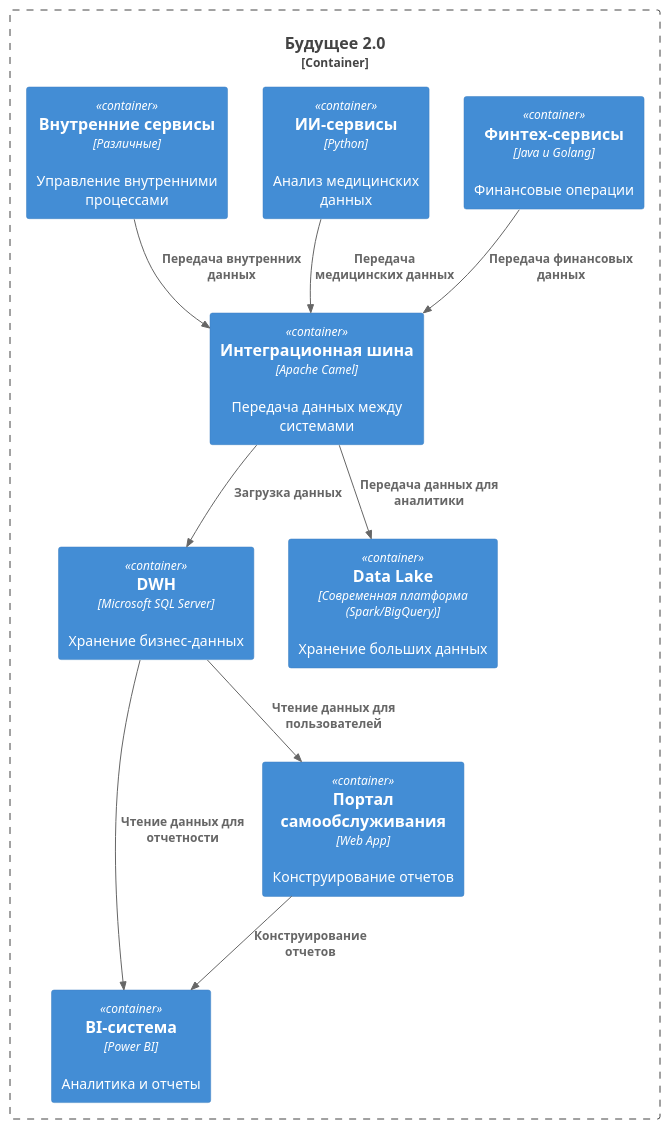
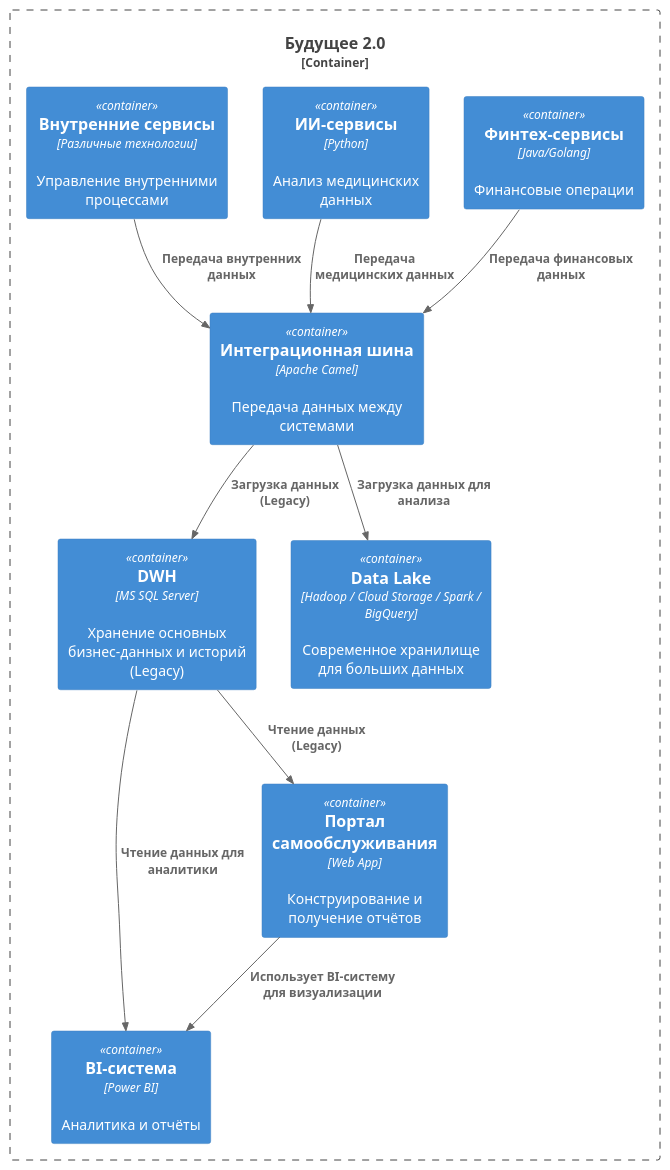
The diagram in Exc1/containers.puml (boormistr/architecture-sprint-11), drawn with PlantUML before and after one commit. The commit also changed 5 other files, not shown here.

```diff
--- a/Exc1/containers.puml
+++ b/Exc1/containers.puml
@@ -1,23 +1,24 @@
 @startuml
 !include <C4/C4_Container>
 
 Container_Boundary(system, "Будущее 2.0") {
-    Container(dwh, "DWH", "Microsoft SQL Server", "Хранение бизнес-данных")
-    Container(bi, "BI-система", "Power BI", "Аналитика и отчеты")
-    Container(data_portal, "Портал самообслуживания", "Web App", "Конструирование отчетов")
-    Container(fintech, "Финтех-сервисы", "Java и Golang", "Финансовые операции")
+    Container(dwh, "DWH", "MS SQL Server", "Хранение основных бизнес-данных и историй (Legacy)")
+    Container(data_lake, "Data Lake", "Hadoop / Cloud Storage / Spark / BigQuery", "Современное хранилище для больших данных")
+    Container(bi, "BI-система", "Power BI", "Аналитика и отчёты")
+    Container(data_portal, "Портал самообслуживания", "Web App", "Конструирование и получение отчётов")
+    Container(fintech, "Финтех-сервисы", "Java/Golang", "Финансовые операции")
     Container(ai_services, "ИИ-сервисы", "Python", "Анализ медицинских данных")
-    Container(internal_services, "Внутренние сервисы", "Различные", "Управление внутренними процессами")
+    Container(internal_services, "Внутренние сервисы", "Различные технологии", "Управление внутренними процессами")
     Container(data_hub, "Интеграционная шина", "Apache Camel", "Передача данных между системами")
-    Container(data_lake, "Data Lake", "Современная платформа (Spark/BigQuery)", "Хранение больших данных")
 }
 
 Rel(fintech, data_hub, "Передача финансовых данных")
 Rel(ai_services, data_hub, "Передача медицинских данных")
 Rel(internal_services, data_hub, "Передача внутренних данных")
-Rel(data_hub, dwh, "Загрузка данных")
-Rel(dwh, bi, "Чтение данных для отчетности")
-Rel(dwh, data_portal, "Чтение данных для пользователей")
-Rel(data_portal, bi, "Конструирование отчетов")
-Rel(data_hub, data_lake, "Передача данных для аналитики")
+Rel(data_hub, dwh, "Загрузка данных (Legacy)")
+Rel(dwh, bi, "Чтение данных для аналитики")
+Rel(dwh, data_portal, "Чтение данных (Legacy)")
+Rel(data_portal, bi, "Использует BI-систему для визуализации")
+Rel(data_hub, data_lake, "Загрузка данных для анализа")
+
 @enduml
```
